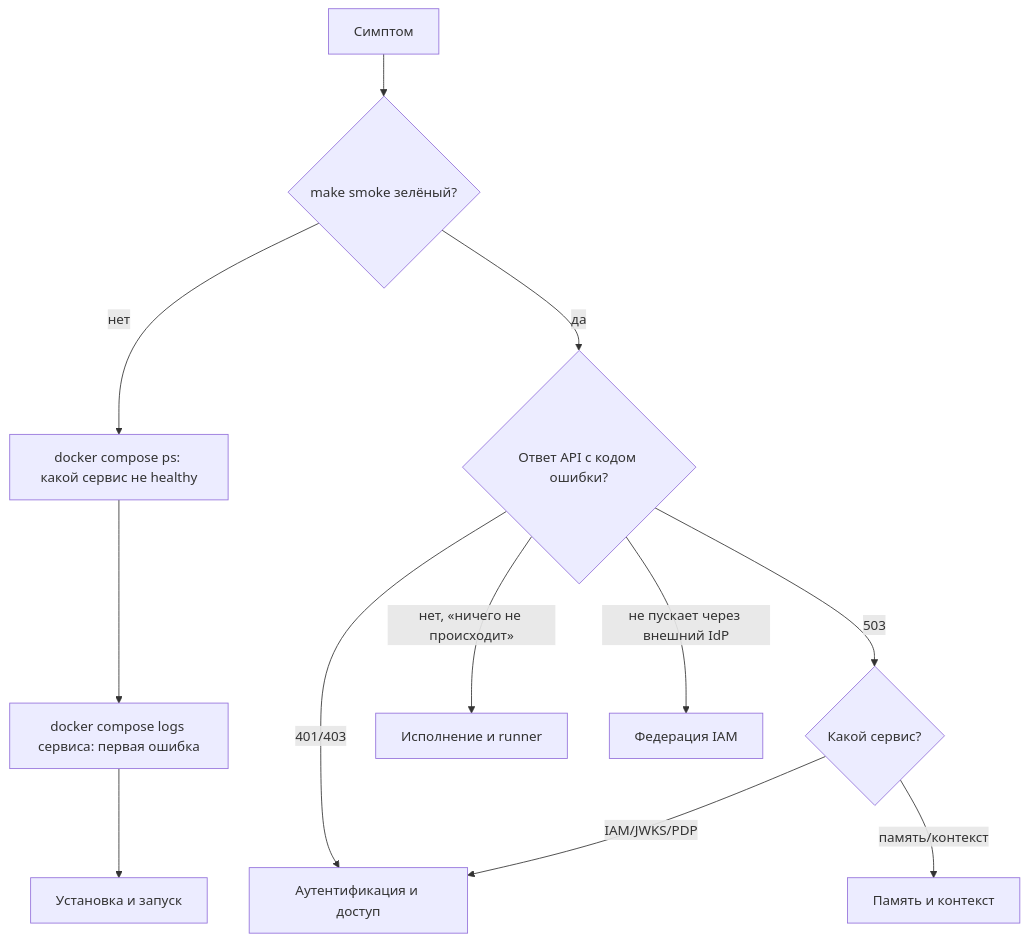
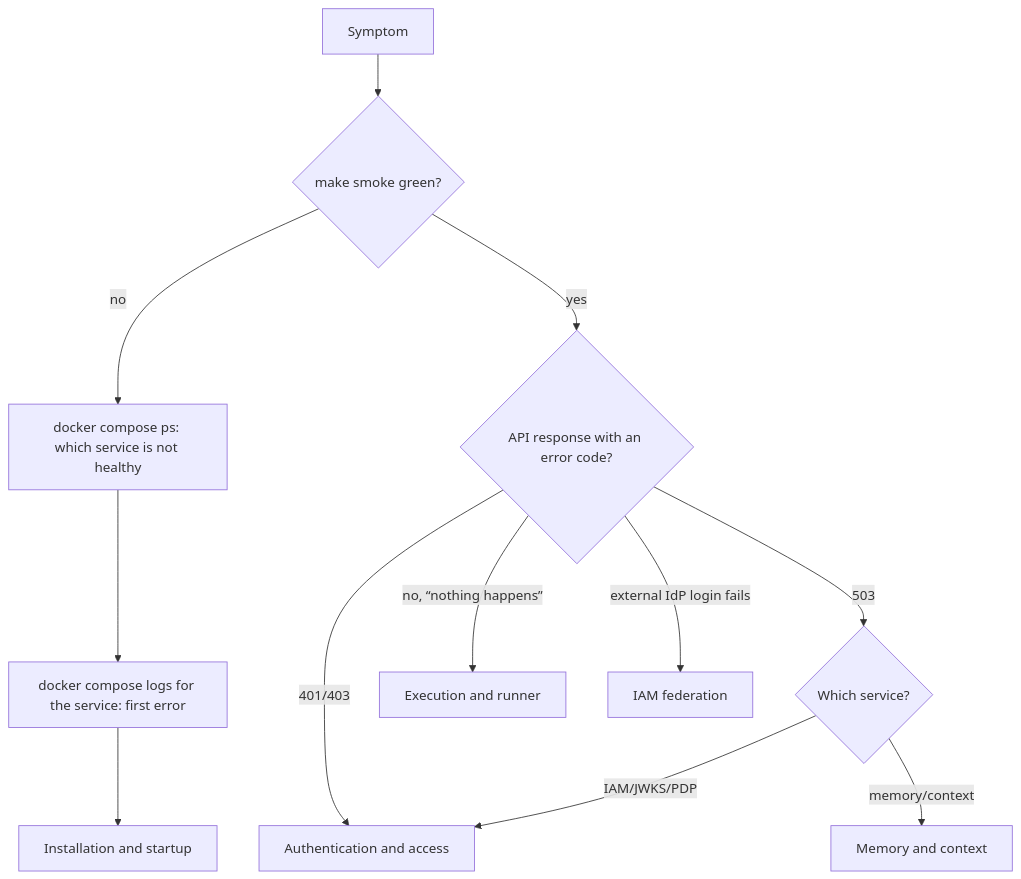
Before and after one commit to monthu56/taimen: the diagram in guide/docs/troubleshooting/index.md, drawn with Mermaid. The commit also changed other lines of this file and 183 other files, not shown here.

````diff
--- a/guide/docs/troubleshooting/index.md
+++ b/guide/docs/troubleshooting/index.md
@@ -9,14 +10,14 @@
 ```mermaid
 flowchart TD
-    A[Симптом] --> B{make smoke зелёный?}
-    B -- нет --> C[docker compose ps: какой сервис не healthy]
-    C --> D[docker compose logs сервиса: первая ошибка]
-    D --> S[Установка и запуск]
-    B -- да --> E{Ответ API с кодом ошибки?}
-    E -- 401/403 --> F[Аутентификация и доступ]
-    E -- 503 --> G{Какой сервис?}
+    A[Symptom] --> B{make smoke green?}
+    B -- no --> C[docker compose ps: which service is not healthy]
+    C --> D[docker compose logs for the service: first error]
+    D --> S[Installation and startup]
+    B -- yes --> E{API response with an error code?}
+    E -- 401/403 --> F[Authentication and access]
+    E -- 503 --> G{Which service?}
     G -- IAM/JWKS/PDP --> F
-    G -- память/контекст --> M[Память и контекст]
-    E -- нет, «ничего не происходит» --> R[Исполнение и runner]
-    E -- не пускает через внешний IdP --> P[Федерация IAM]
+    G -- memory/context --> M[Memory and context]
+    E -- no, “nothing happens” --> R[Execution and runner]
+    E -- external IdP login fails --> P[IAM federation]
 ```
````
